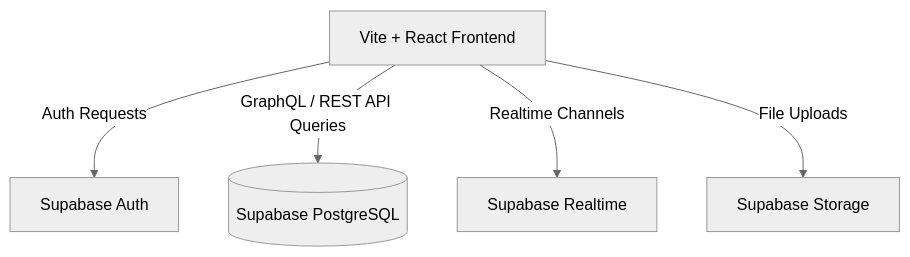
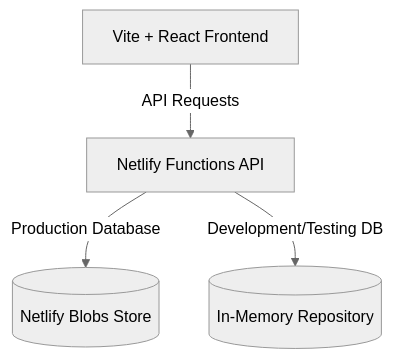
The diagram in src/content/docs/challenge/step-6.md (kulkultech/fellowship), drawn with Mermaid (neutral theme) before and after one commit. The commit also changed other lines of this file and 5 other files, not shown here.

````diff
--- a/src/content/docs/challenge/step-6.md
+++ b/src/content/docs/challenge/step-6.md
@@ -21,7 +21,6 @@
 ```mermaid
 graph TD
-    Client[Vite + React Frontend] -->|Auth Requests| Auth[Supabase Auth]
-    Client -->|GraphQL / REST API Queries| DB[(Supabase PostgreSQL)]
-    Client -->|Realtime Channels| Realtime[Supabase Realtime]
-    Client -->|File Uploads| Storage[Supabase Storage]
+    Client[Vite + React Frontend] -->|API Requests| Backend[Netlify Functions API]
+    Backend -->|Production Database| DB[(Netlify Blobs Store)]
+    Backend -->|Development/Testing DB| InMemory[(In-Memory Repository)]
 ```
````
